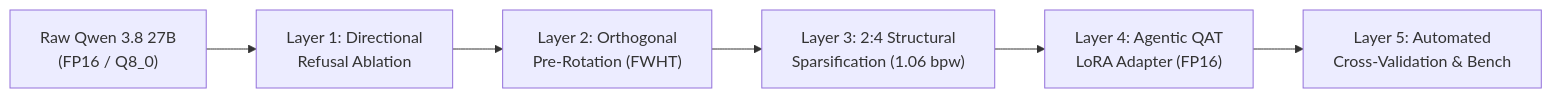
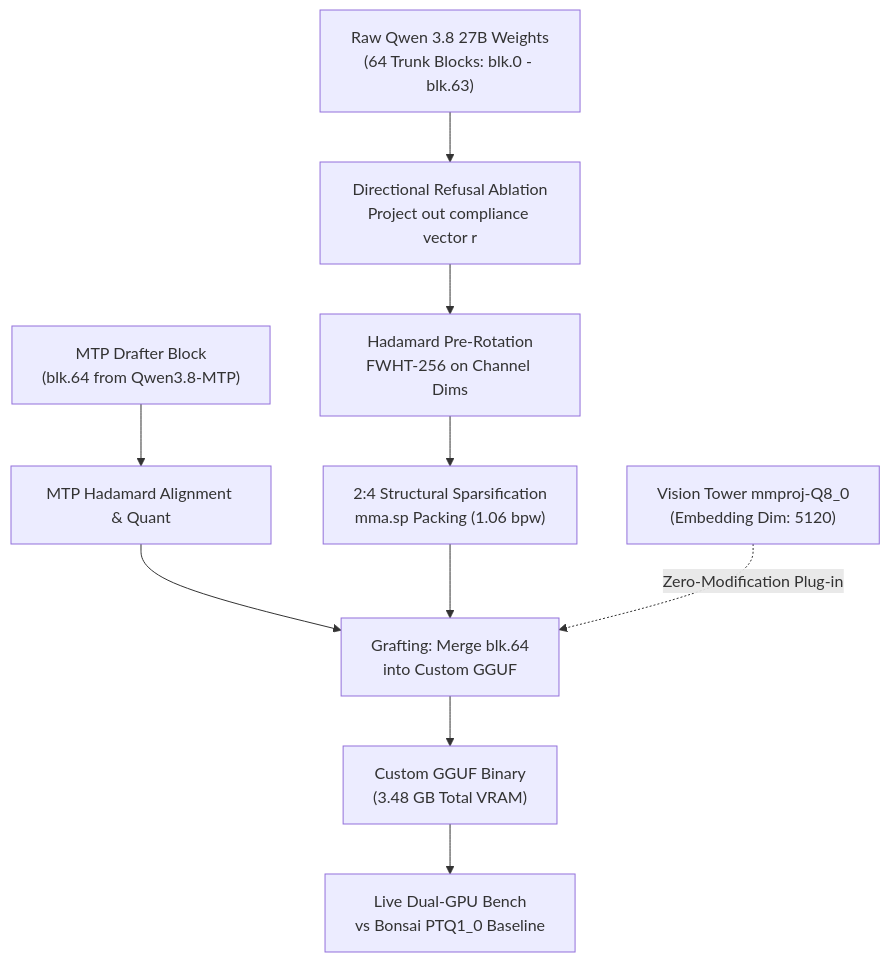
Before and after one commit to dabe-19/blue-lodge-public: the diagram in docs/QWEN38_FRONTIER_RESEARCH_AGENDA.md, drawn with Mermaid. The commit also changed other lines of this file and 4 other files, not shown here.

Commit message:
feat(research): update agenda and pipeline to v2.0 with MTP grafting, vision compatibility, and Bonsai live benchmarks on RTX 3060

````diff
--- a/docs/QWEN38_FRONTIER_RESEARCH_AGENDA.md
+++ b/docs/QWEN38_FRONTIER_RESEARCH_AGENDA.md
@@ -25,8 +28,15 @@
 ```mermaid
-graph LR
-    A["Raw Qwen 3.8 27B<br/>(FP16 / Q8_0)"] --> B["Layer 1: Directional<br/>Refusal Ablation"]
-    B --> C["Layer 2: Orthogonal<br/>Pre-Rotation (FWHT)"]
-    C --> D["Layer 3: 2:4 Structural<br/>Sparsification (1.06 bpw)"]
-    D --> E["Layer 4: Agentic QAT<br/>LoRA Adapter (FP16)"]
-    E --> F["Layer 5: Automated<br/>Cross-Validation & Bench"]
+graph TD
+    A["Raw Qwen 3.8 27B Weights<br/>(64 Trunk Blocks: blk.0 - blk.63)"] --> B["Directional Refusal Ablation<br/>Project out compliance vector r"]
+    B --> C["Hadamard Pre-Rotation<br/>FWHT-256 on Channel Dims"]
+    C --> D["2:4 Structural Sparsification<br/>mma.sp Packing (1.06 bpw)"]
+    
+    E["MTP Drafter Block<br/>(blk.64 from Qwen3.8-MTP)"] --> F["MTP Hadamard Alignment & Quant"]
+    F --> G["Grafting: Merge blk.64<br/>into Custom GGUF"]
+    
+    D --> G
+    H["Vision Tower mmproj-Q8_0<br/>(Embedding Dim: 5120)"] -.->|Zero-Modification Plug-in| G
+    
+    G --> I["Custom GGUF Binary<br/>(3.48 GB Total VRAM)"]
+    I --> J["Live Dual-GPU Bench<br/>vs Bonsai PTQ1_0 Baseline"]
 ```
````
